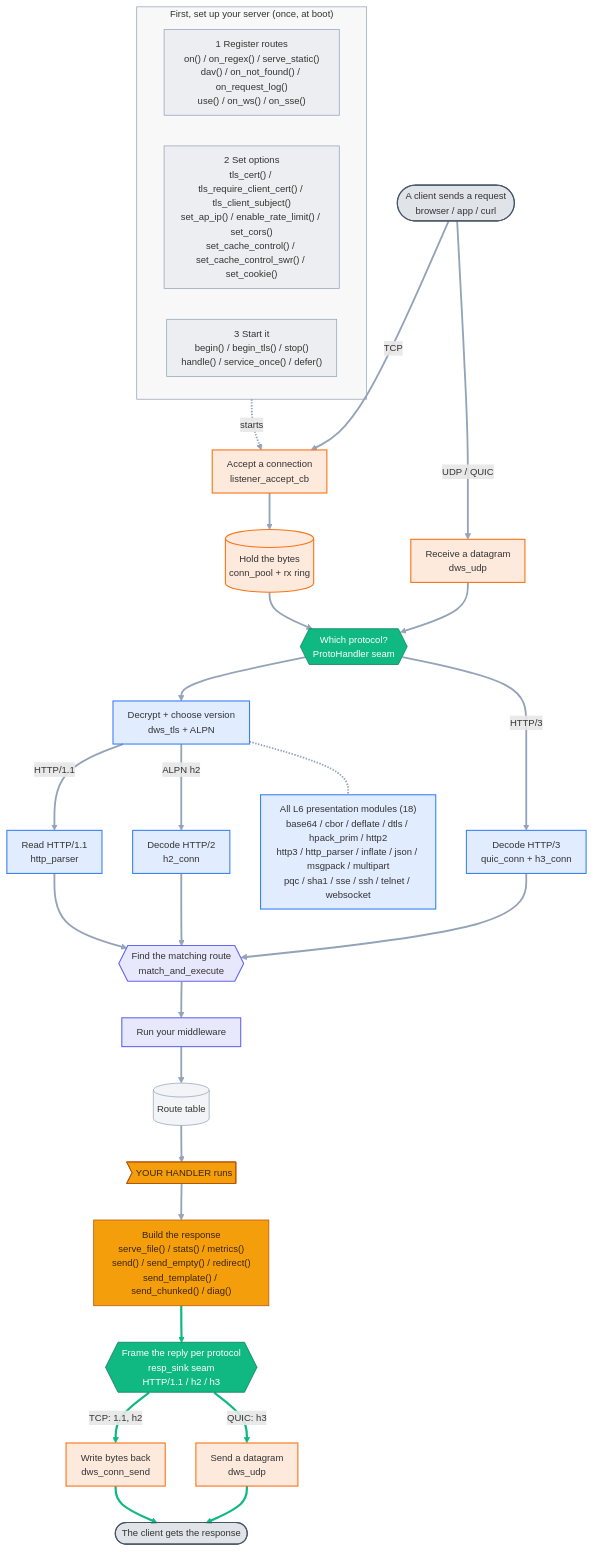
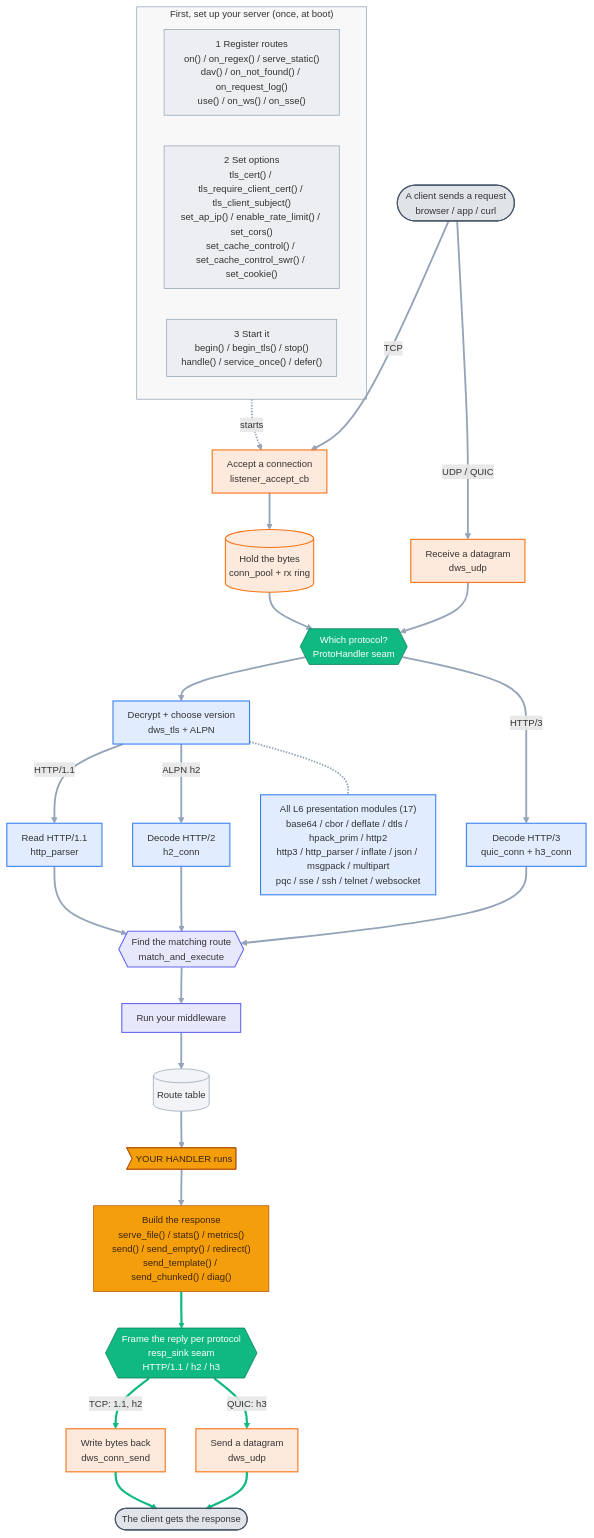
Before and after one commit to dstroy0/DeterministicESPAsyncWebServer: the diagram in docs/diagrams/api_flow_detail.mmd, drawn with Mermaid. The commit also changed 3 other files, not shown here.

```diff
--- a/docs/diagrams/api_flow_detail.mmd
+++ b/docs/diagrams/api_flow_detail.mmd
@@ -1,71 +1,71 @@
 %%{init: {'themeVariables':{'fontFamily':'ui-sans-serif,system-ui,Segoe UI,Roboto,sans-serif','fontSize':'13px','lineColor':'#94a3b8'},'flowchart':{'curve':'basis','nodeSpacing':42,'rankSpacing':50,'padding':10,'useMaxWidth':true}}}%%
 flowchart TB
   %% Auto-generated from the public API, proto_builtins.cpp, and presentation/ on disk.
   subgraph SETUP["First, set up your server (once, at boot)"]
     direction LR
     reg["1 Register routes<br/>on() / on_regex() / serve_static()<br/>dav() / on_not_found() / on_request_log()<br/>use() / on_ws() / on_sse()"]
     cfg["2 Set options<br/>tls_cert() / tls_require_client_cert() / tls_client_subject()<br/>set_ap_ip() / enable_rate_limit() / set_cors()<br/>set_cache_control() / set_cache_control_swr() / set_cookie()"]
     run["3 Start it<br/>begin() / begin_tls() / stop()<br/>handle() / service_once() / defer()"]
   end
 
   cin(["A client sends a request<br/>browser / app / curl"])
   listen["Accept a connection<br/>listener_accept_cb"]
   ring[("Hold the bytes<br/>conn_pool + rx ring")]
   udprx["Receive a datagram<br/>dws_udp"]
   seam{{"Which protocol?<br/>ProtoHandler seam<br/>"}}
   tls["Decrypt + choose version<br/>dws_tls + ALPN"]
   parser["Read HTTP/1.1<br/>http_parser"]
   h2["Decode HTTP/2<br/>h2_conn"]
   h3["Decode HTTP/3<br/>quic_conn + h3_conn"]
   mae{{"Find the matching route<br/>match_and_execute"}}
   mw["Run your middleware"]
   routes[("Route table")]
   handler>"YOUR HANDLER runs"]
   resp["Build the response<br/>serve_file() / stats() / metrics()<br/>send() / send_empty() / redirect()<br/>send_template() / send_chunked() / diag()"]
   sink{{"Frame the reply per protocol<br/>resp_sink seam<br/>HTTP/1.1 / h2 / h3"}}
   consend["Write bytes back<br/>dws_conn_send"]
   udptx["Send a datagram<br/>dws_udp"]
   cout(["The client gets the response"])
-  mods["All L6 presentation modules (18)<br/>base64 / cbor / deflate / dtls / hpack_prim / http2<br/>http3 / http_parser / inflate / json / msgpack / multipart<br/>pqc / sha1 / sse / ssh / telnet / websocket"]
+  mods["All L6 presentation modules (17)<br/>base64 / cbor / deflate / dtls / hpack_prim / http2<br/>http3 / http_parser / inflate / json / msgpack / multipart<br/>pqc / sse / ssh / telnet / websocket"]
 
   run -.->|starts| listen
   cin ==>|TCP| listen
   listen --> ring
   ring --> seam
   cin ==>|UDP / QUIC| udprx
   udprx --> seam
   seam --> tls
   tls -->|HTTP/1.1| parser
   tls -->|ALPN h2| h2
   seam -->|HTTP/3| h3
   parser --> mae
   h2 --> mae
   h3 --> mae
   mae --> mw
   mw --> routes
   routes --> handler
   handler --> resp
   resp --> sink
   sink -->|TCP: 1.1, h2| consend
   sink -->|QUIC: h3| udptx
   consend ==> cout
   udptx ==> cout
   tls -.- mods
 
   class cin,cout ext;
   class reg,cfg,run,routes setup;
   class listen,ring,udprx,udptx,consend l4;
   class seam,sink seam;
   class tls,parser,h2,h3,mods l6;
   class mae,mw l7;
   class handler,resp you;
   classDef ext fill:#64748b33,stroke:#475569,stroke-width:1.5px;
   classDef setup fill:#94a3b81f,stroke:#94a3b8;
   classDef l4 fill:#f9731626,stroke:#f97316,stroke-width:1.5px;
   classDef seam fill:#10b981,stroke:#047857,color:#ffffff;
   classDef l6 fill:#3b82f626,stroke:#3b82f6,stroke-width:1.5px;
   classDef l7 fill:#6366f126,stroke:#6366f1,stroke-width:1.5px;
   classDef you fill:#f59e0b,stroke:#b45309,color:#3b2508;
   style SETUP fill:#8888880f,stroke:#94a3b8,stroke-width:1px;
   linkStyle default stroke-width:2.5px;
   linkStyle 17,18,19,20,21 stroke:#10b981,stroke-width:3px;
```
